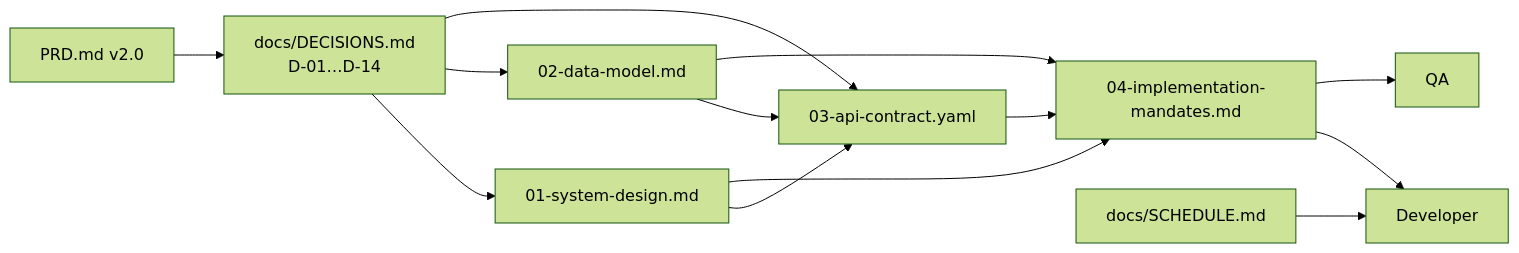
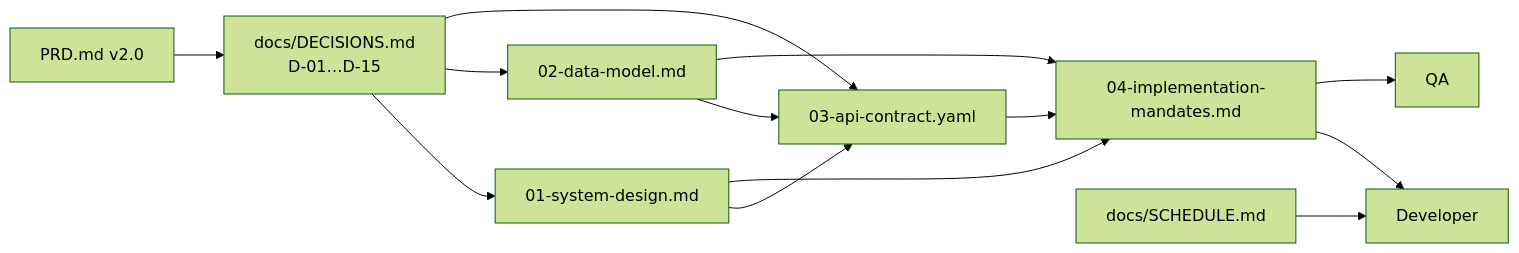
The diagram in docs/architecture/README.md (risk-free/Mark-us), drawn with Mermaid (forest theme) before and after one commit. The commit also changed other lines of this file and 5 other files, not shown here.

First line of the commit message:
Mark docs/ARCHITECTURE.md superseded, correct the approval baseline

````diff
--- a/docs/architecture/README.md
+++ b/docs/architecture/README.md
@@ -28,15 +32,15 @@
 ```mermaid
 flowchart LR
-  PRD[PRD.md v2.0] --> DEC[docs/DECISIONS.md<br/>D-01…D-14]
+  PRD[PRD.md v2.0] --> DEC[docs/DECISIONS.md<br/>D-01…D-15]
   DEC --> SD[01-system-design.md]
   DEC --> DM[02-data-model.md]
   DEC --> API[03-api-contract.yaml]
   SD --> API
   DM --> API
   SD --> MAN[04-implementation-mandates.md]
   DM --> MAN
   API --> MAN
   MAN --> DEV[Developer]
   MAN --> QA[QA]
   SCH[docs/SCHEDULE.md] --> DEV
 ```
````
